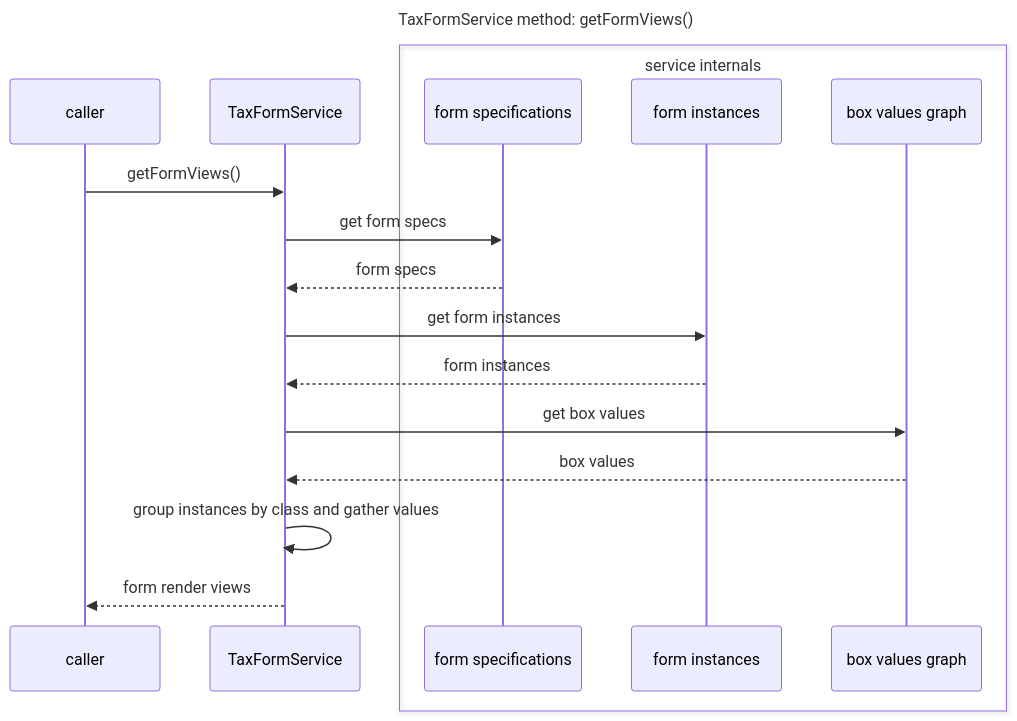
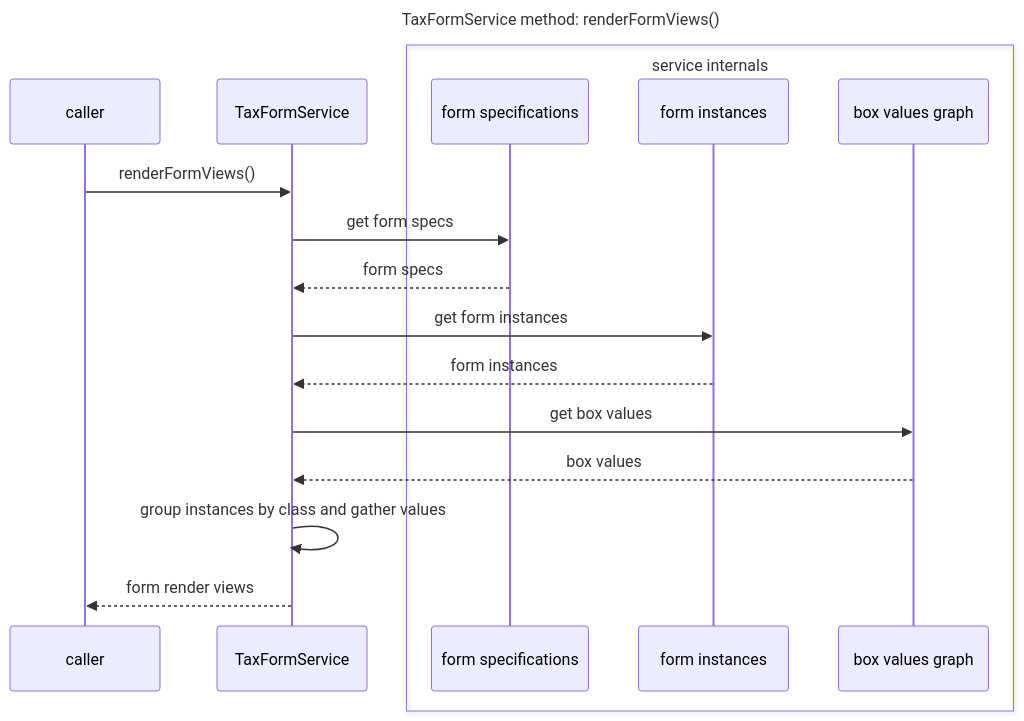
Before and after one commit to wllmwu/thumbtax: the sixth of 9 diagrams in plan/index.md, drawn with Mermaid. The commit also changed other lines of this file and 5 other files, not shown here.

Commit message:
Outline TaxFormService interface

````diff
--- a/plan/index.md
+++ b/plan/index.md
@@ -435,23 +435,23 @@
 ```mermaid
 ---
-title: "TaxFormService method: getFormViews()"
+title: "TaxFormService method: renderFormViews()"
 ---
 sequenceDiagram
   participant caller
   participant service as TaxFormService
   box service internals
   participant specs as form specifications
   participant instances as form instances
   participant values as box values graph
   end
 
-  caller->>service: getFormViews()
+  caller->>service: renderFormViews()
   service->>specs: get form specs
   specs-->>service: form specs
   service->>instances: get form instances
   instances-->>service: form instances
   service->>values: get box values
   values-->>service: box values
   service->>service: group instances by class and gather values
   service-->>caller: form render views
 ```
````
